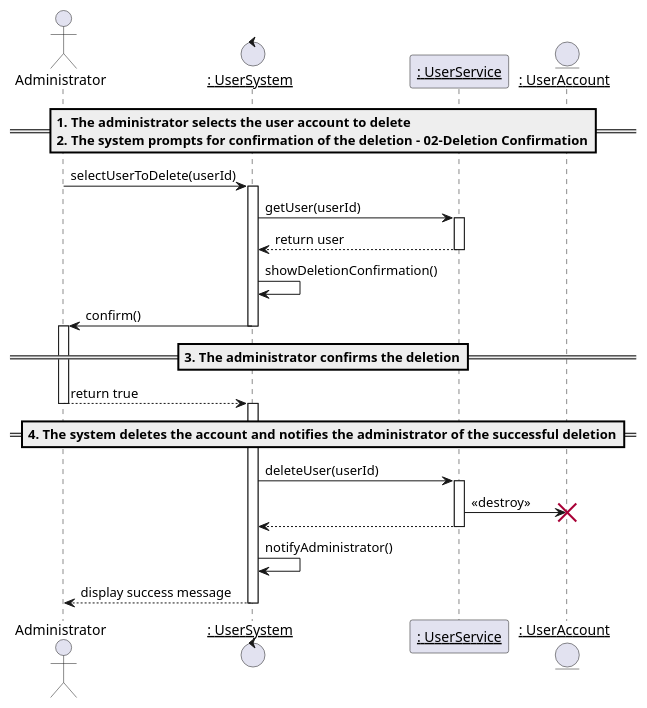
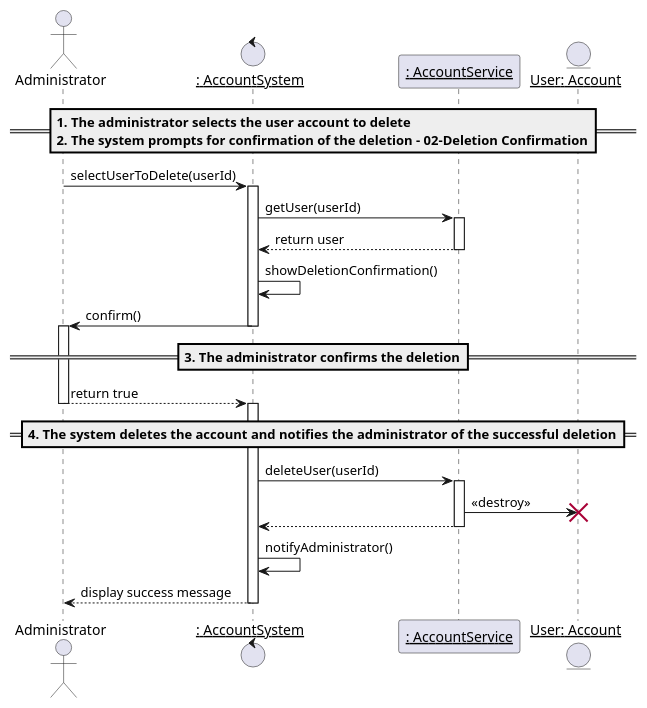
The diagram in 02-analysis/usecases/images/delete-account.puml (mrle0429/Event-Management-System), drawn with PlantUML before and after one commit. The commit also changed 2 other files, not shown here.

Commit message:
delete account upd

```diff
--- a/02-analysis/usecases/images/delete-account.puml
+++ b/02-analysis/usecases/images/delete-account.puml
@@ -1,51 +1,51 @@
 @startuml delete_user_account
 
 actor "Administrator" as a
 
-control "__: UserSystem__" as c
-participant "__: UserService__" as s
-entity "__: UserAccount__" as u
+control "__: AccountSystem__" as c
+participant "__: AccountService__" as s
+entity "__User: Account__" as u
 
 ==1. The administrator selects the user account to delete\n2. The system prompts for confirmation of the deletion - 02-Deletion Confirmation==
 
 a->c: selectUserToDelete(userId)
 activate c
 
 c->s: getUser(userId)
 activate s
 s-->c: return user
 deactivate s
 
 
 
 
 c->c: showDeletionConfirmation()
 
 c -> a: confirm()
 deactivate c
 activate a
 
 ==3. The administrator confirms the deletion==
 
 a --> c: return true
 deactivate a
 activate c
 
 ==4. The system deletes the account and notifies the administrator of the successful deletion==
 
 c->s: deleteUser(userId)
 activate s
 
 s->u: <<destroy>>
 destroy u
 deactivate u
 
 s-->c
 deactivate s
 
 c->c: notifyAdministrator()
 
 c-->a: display success message
 deactivate c
 
 @enduml
```
